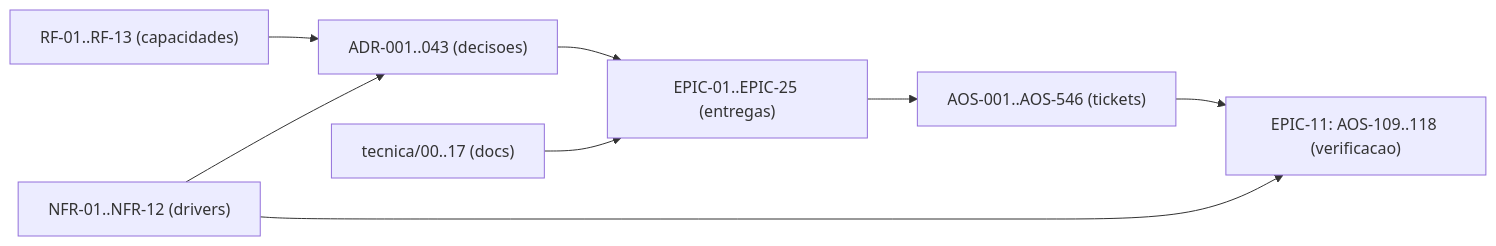
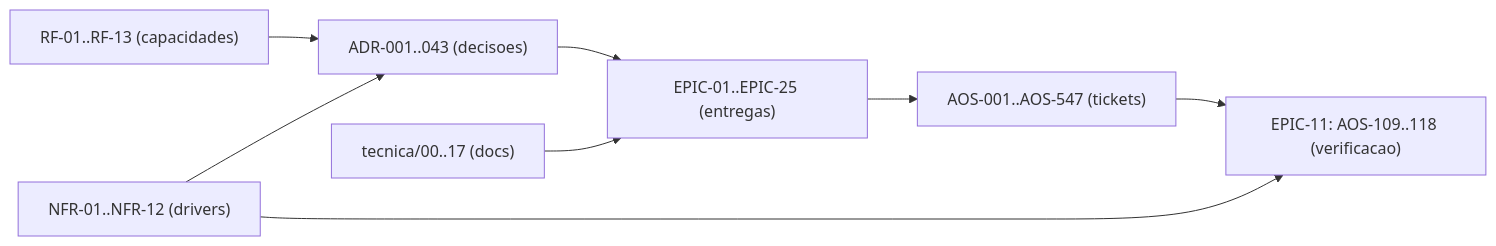
One commit to albinoJimy/aos changed the diagram in tecnica/16_Rastreabilidade_RTM.md. Above: the diagram before and after it, drawn with Mermaid. The commit also changed other lines of this file and 39 other files, not shown here.

````diff
--- a/tecnica/16_Rastreabilidade_RTM.md
+++ b/tecnica/16_Rastreabilidade_RTM.md
@@ -213,10 +213,10 @@
 ```mermaid
 flowchart LR
     RF["RF-01..RF-13 (capacidades)"] --> ADR["ADR-001..043 (decisoes)"]
     NFR["NFR-01..NFR-12 (drivers)"] --> ADR
     ADR --> EPIC["EPIC-01..EPIC-25 (entregas)"]
-    EPIC --> TICK["AOS-001..AOS-546 (tickets)"]
+    EPIC --> TICK["AOS-001..AOS-547 (tickets)"]
     DOC["tecnica/00..17 (docs)"] --> EPIC
     TICK --> TEST["EPIC-11: AOS-109..118 (verificacao)"]
     NFR --> TEST
 ```
````
